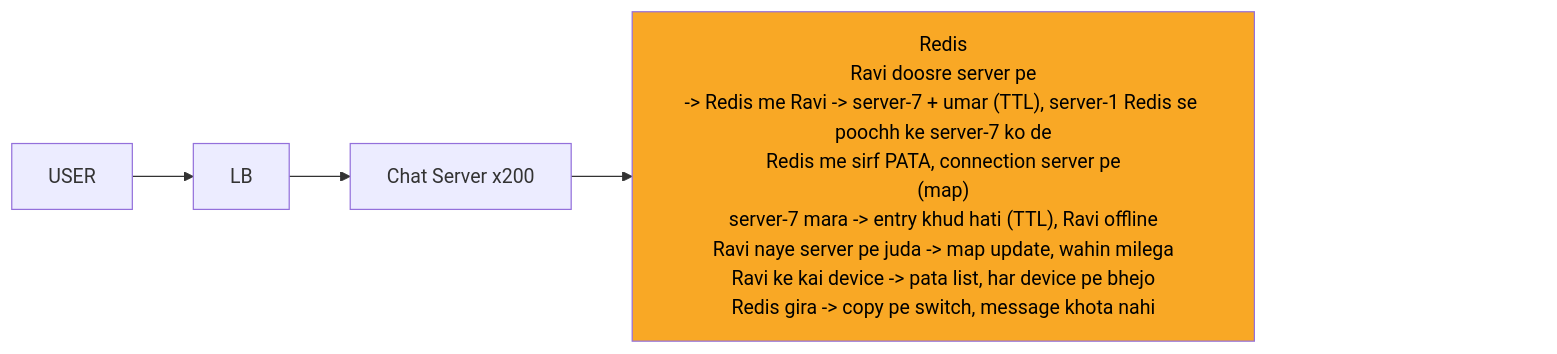
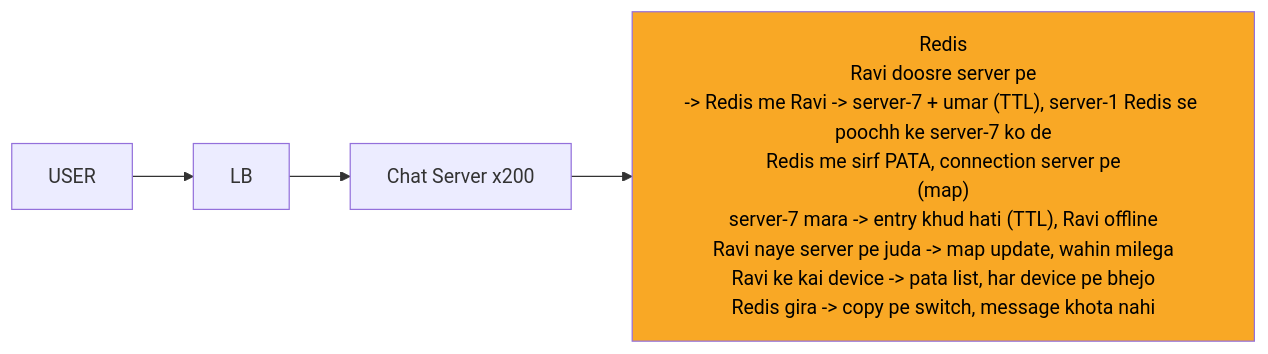
Before and after one commit to ArpanMaheshwari144/Prep: the third of 12 diagrams in 04_HLD/SYSTEM_DESIGNS/14_chat_messaging/14_chat_messaging.md, drawn with Mermaid. The commit also changed other lines of this file and 182 other files, not shown here.

Commit message:
hld 14 file: har diagram mermaid-cli se SVG image (source details me), n_pad hataya, render tool 04_HLD/tools

````diff
--- a/04_HLD/SYSTEM_DESIGNS/14_chat_messaging/14_chat_messaging.md
+++ b/04_HLD/SYSTEM_DESIGNS/14_chat_messaging/14_chat_messaging.md
@@ -171,15 +183,12 @@
 ```mermaid
 %%{init: {"flowchart": {"wrappingWidth": 450}}}%%
 flowchart LR
     n_U["USER"]
     n_LB["LB"]
     n_CS["Chat Server x200"]
     n_R["Redis<br/>Ravi doosre server pe<br/>-> Redis me Ravi -> server-7 + umar (TTL), server-1 Redis se poochh ke server-7 ko de<br/>Redis me sirf PATA, connection server pe<br/>(map)<br/>server-7 mara -> entry khud hati (TTL), Ravi offline<br/>Ravi naye server pe juda -> map update, wahin milega<br/>Ravi ke kai device -> pata list, har device pe bhejo<br/>Redis gira -> copy pe switch, message khota nahi"]
     n_U --> n_LB
     n_LB --> n_CS
     n_CS --> n_R
-    n_pad["xxxxxxxxxxxxxxxx"]
-    n_R ~~~ n_pad
     style n_R fill:#f9a825,color:#000
-    style n_pad fill:none,stroke:none,color:#ffffff00
 ```
````
